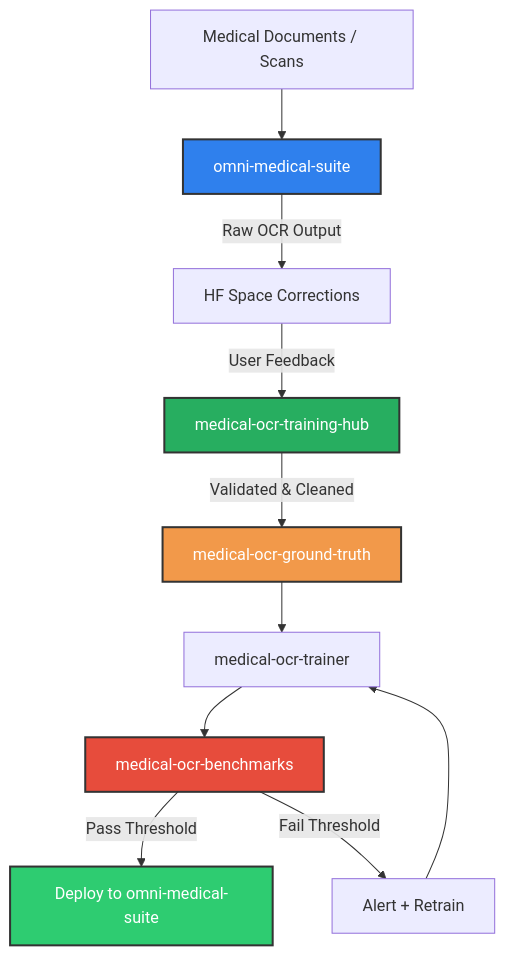
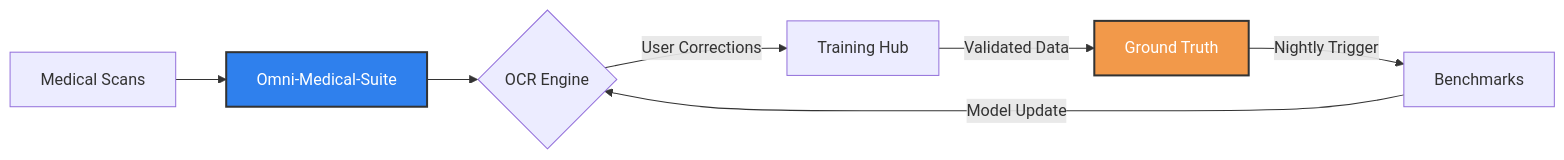
One commit to DrAbdulmalek/omni-medical-suite changed the diagram in PORTFOLIO.md. Above: the diagram before and after it, drawn with Mermaid. The commit also changed other lines of this file, not shown here.

````diff
--- a/PORTFOLIO.md
+++ b/PORTFOLIO.md
@@ -11,18 +23,12 @@
 ```mermaid
-graph TD
-    A[Medical Documents / Scans] --> B[omni-medical-suite]
-    B -->|Raw OCR Output| C[HF Space Corrections]
-    C -->|User Feedback| D[medical-ocr-training-hub]
-    D -->|Validated & Cleaned| E[medical-ocr-ground-truth]
-    E --> F[medical-ocr-trainer]
-    F --> G[medical-ocr-benchmarks]
-    G -->|Pass Threshold| H[Deploy to omni-medical-suite]
-    G -->|Fail Threshold| I[Alert + Retrain]
-    I --> F
+graph LR
+    A[Medical Scans] --> B[Omni-Medical-Suite]
+    B --> C{OCR Engine}
+    C -->|User Corrections| D[Training Hub]
+    D -->|Validated Data| E[Ground Truth]
+    E -->|Nightly Trigger| F[Benchmarks]
+    F -->|Model Update| C
 
     style B fill:#2f80ed,stroke:#333,stroke-width:2px,color:#fff
-    style D fill:#27ae60,stroke:#333,stroke-width:2px,color:#fff
     style E fill:#f2994a,stroke:#333,stroke-width:2px,color:#fff
-    style G fill:#e74c3c,stroke:#333,stroke-width:2px,color:#fff
-    style H fill:#2ecc71,stroke:#333,stroke-width:2px,color:#fff
 ```
````
